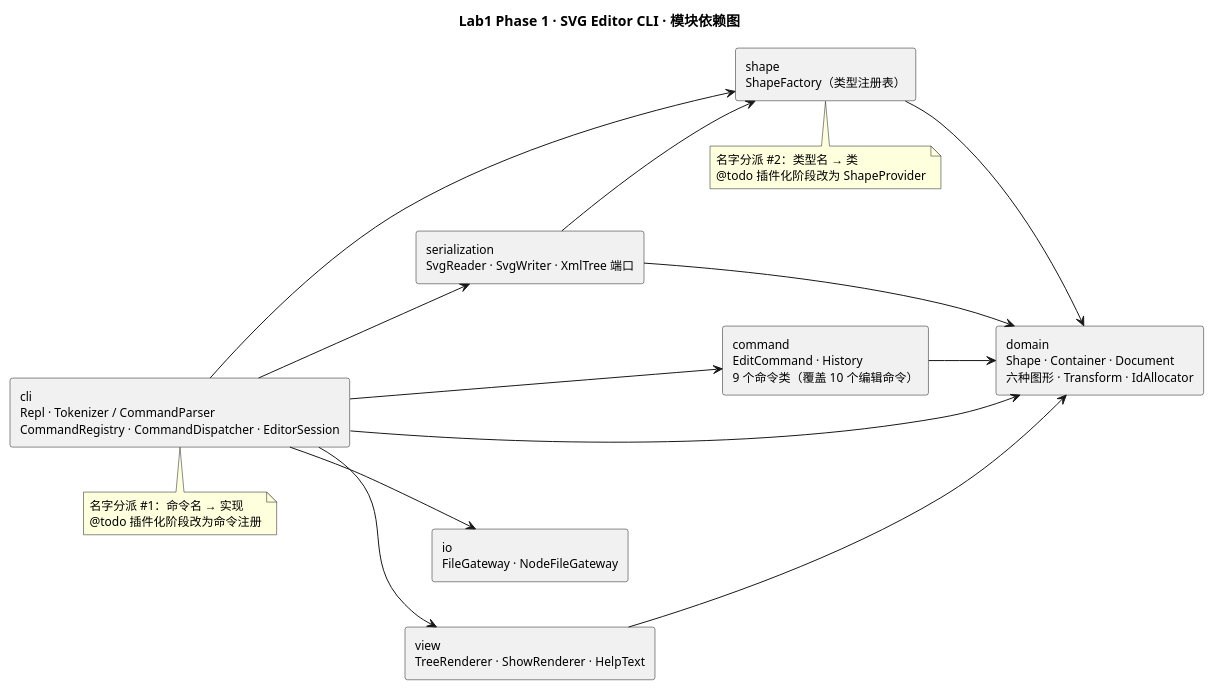
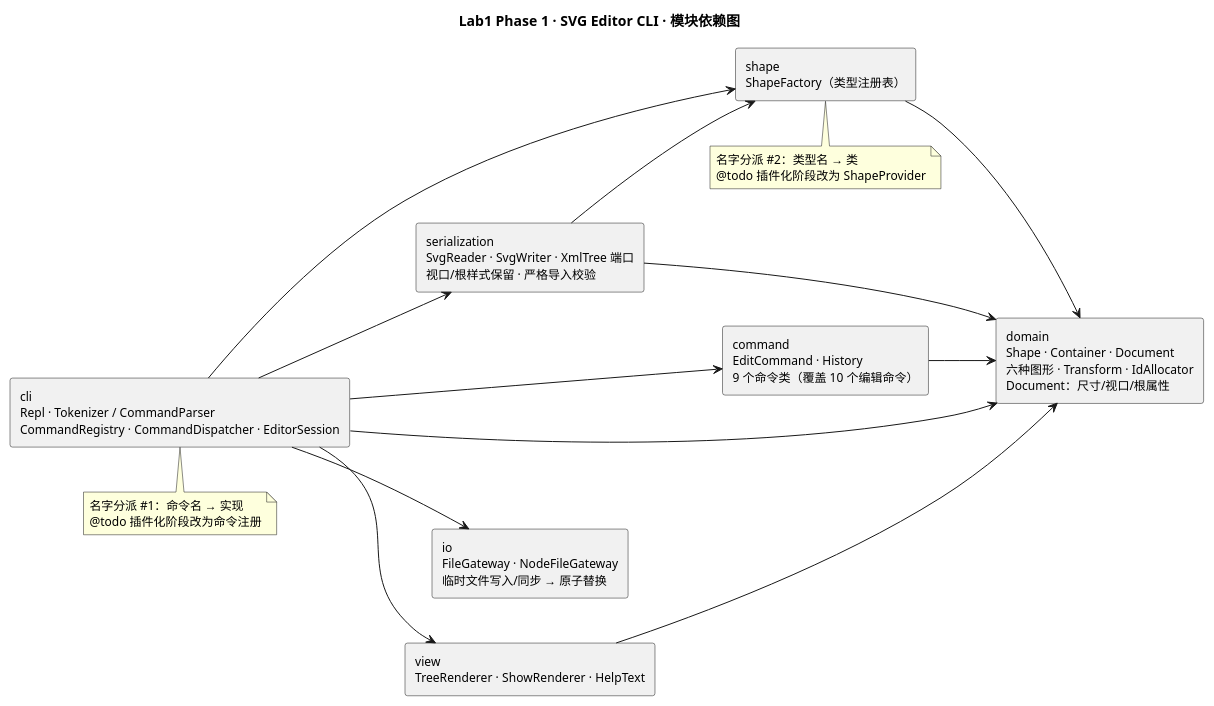
The diagram in doc/architecture.puml (1731067942cjh-hash/GaoJiRuanJian), drawn with PlantUML before and after one commit. The commit also changed 6 other files, not shown here.

```diff
--- a/doc/architecture.puml
+++ b/doc/architecture.puml
@@ -1,39 +1,39 @@
 @startuml
 title Lab1 Phase 1 · SVG Editor CLI · 模块依赖图
 skinparam componentStyle rectangle
 skinparam shadowing false
 skinparam defaultFontSize 12
 skinparam nodesep 45
 skinparam ranksep 55
 left to right direction
 
 component "cli\nRepl · Tokenizer / CommandParser\nCommandRegistry · CommandDispatcher · EditorSession" as cli
 component "command\nEditCommand · History\n9 个命令类（覆盖 10 个编辑命令）" as cmd
 component "view\nTreeRenderer · ShowRenderer · HelpText" as view
-component "serialization\nSvgReader · SvgWriter · XmlTree 端口" as ser
-component "io\nFileGateway · NodeFileGateway" as io
+component "serialization\nSvgReader · SvgWriter · XmlTree 端口\n视口/根样式保留 · 严格导入校验" as ser
+component "io\nFileGateway · NodeFileGateway\n临时文件写入/同步 → 原子替换" as io
 component "shape\nShapeFactory（类型注册表）" as shape
-component "domain\nShape · Container · Document\n六种图形 · Transform · IdAllocator" as domain
+component "domain\nShape · Container · Document\n六种图形 · Transform · IdAllocator\nDocument：尺寸/视口/根属性" as domain
 
 cli --> cmd
 cli --> view
 cli --> shape
 cli --> domain
 cli --> ser
 cli --> io
 cmd --> domain
 shape --> domain
 ser --> shape
 ser --> domain
 view --> domain
 
 note bottom of cli
   名字分派 #1：命令名 → 实现
   @todo 插件化阶段改为命令注册
 end note
 
 note bottom of shape
   名字分派 #2：类型名 → 类
   @todo 插件化阶段改为 ShapeProvider
 end note
 @enduml
```
